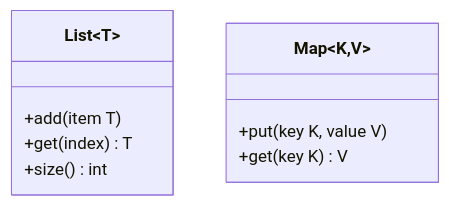
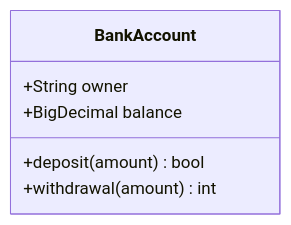
The seventh of 30 diagrams in skills/mermaid/examples/class.md (teachingai/full-stack-skills), drawn with Mermaid before and after one commit. The commit also changed other lines of this file and 21 other files, not shown here.

First line of the commit message:
docs(mermaid): 更新架构、块、C4和类图示例文档

````diff
--- a/skills/mermaid/examples/class.md
+++ b/skills/mermaid/examples/class.md
@@ -91,12 +133,9 @@
 ```mermaid
 classDiagram
-    class List~T~ {
-        +add(item T)
-        +get(index) T
-        +size() int
-    }
-    class Map~K,V~ {
-        +put(key K, value V)
-        +get(key K) V
-    }
+class BankAccount{
+    +String owner
+    +BigDecimal balance
+    +deposit(amount) bool
+    +withdrawal(amount) int
+}
 ```
````
